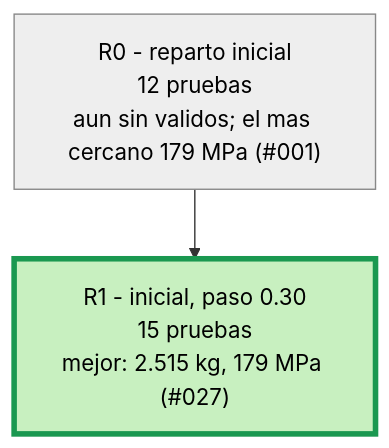
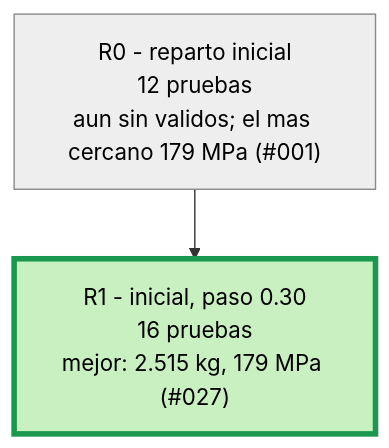
One commit to Hugiko/msd-soporte-optimizacion changed the second of 3 diagrams in runs/opt_37800N/ARBOL.md. Above: the diagram before and after it, drawn with Mermaid. The commit also changed 22 other files, not shown here.

````diff
--- a/runs/opt_37800N/ARBOL.md
+++ b/runs/opt_37800N/ARBOL.md
@@ -21,9 +21,9 @@
 ```mermaid
 graph TD
 classDef activa fill:#d6eaff,stroke:#1f6fb5,color:#000
 classDef fin fill:#eeeeee,stroke:#888,color:#000
 classDef mejor fill:#c8f0c0,stroke:#1a9850,stroke-width:4px,color:#000
 R0["R0 - reparto inicial<br/>12 pruebas<br/>aun sin validos; el mas cercano 179 MPa (#001)"]:::fin
-R1["R1 - inicial, paso 0.30<br/>15 pruebas<br/>mejor: 2.515 kg, 179 MPa (#027)"]:::mejor
+R1["R1 - inicial, paso 0.30<br/>16 pruebas<br/>mejor: 2.515 kg, 179 MPa (#027)"]:::mejor
 R0 --> R1
 ```
````
